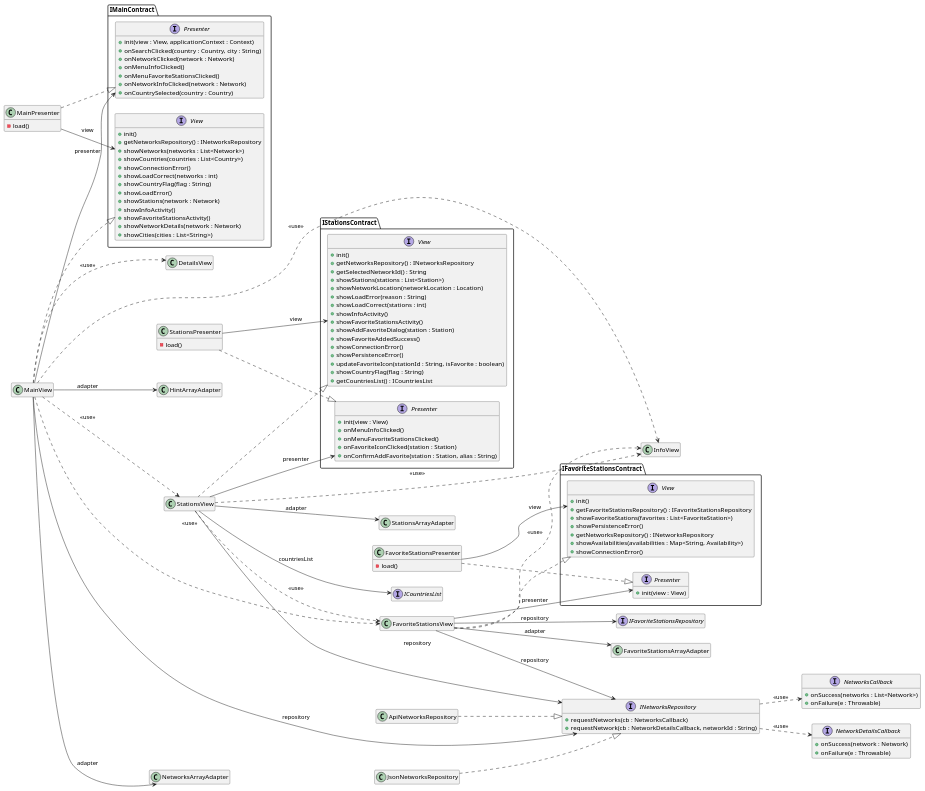
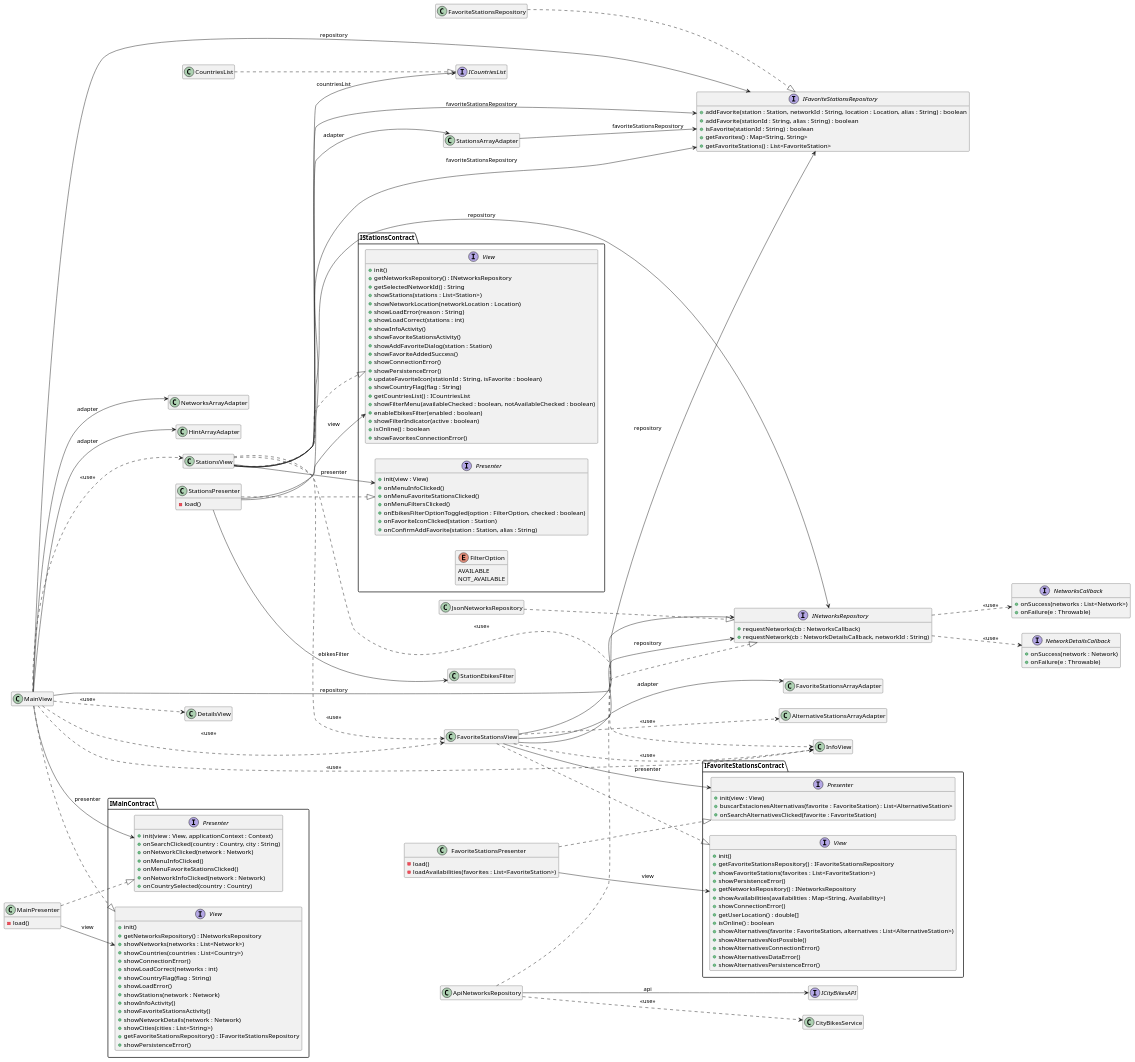
One commit to isunican/App-Bicis-Grupo2 changed the diagram in Docs/Models/architecture.puml. Above: the diagram before and after it, drawn with PlantUML. The commit also changed 5 other files, not shown here.

```diff
--- a/Docs/Models/architecture.puml
+++ b/Docs/Models/architecture.puml
@@ -9,6 +9,7 @@
 MainView --> IMainContract.Presenter : presenter
 MainPresenter --> IMainContract.View : view
 MainView --> INetworksRepository : repository
+MainView --> IFavoriteStationsRepository : repository
 MainView --> NetworksArrayAdapter : adapter
 MainView --> HintArrayAdapter : adapter
 
@@ -17,9 +18,13 @@
 StationsPresenter ..|> IStationsContract.Presenter
 StationsView --> IStationsContract.Presenter : presenter
 StationsPresenter --> IStationsContract.View : view
+StationsPresenter --> IFavoriteStationsRepository : favoriteStationsRepository
+StationsPresenter --> StationEbikesFilter : ebikesFilter
 StationsView --> INetworksRepository : repository
+StationsView --> IFavoriteStationsRepository : favoriteStationsRepository
 StationsView --> ICountriesList : countriesList
 StationsView --> StationsArrayAdapter : adapter
+StationsArrayAdapter --> IFavoriteStationsRepository : favoriteStationsRepository
 
 ' --- VISTA DE FAVORITOS (FAVORITES) ---
 FavoriteStationsView ..|> IFavoriteStationsContract.View
@@ -29,10 +34,13 @@
 FavoriteStationsView --> INetworksRepository : repository
 FavoriteStationsView --> IFavoriteStationsRepository : repository
 FavoriteStationsView --> FavoriteStationsArrayAdapter : adapter
+FavoriteStationsView ..> AlternativeStationsArrayAdapter : <<use>>
 
 ' Implementaciones de Repositorio
 ApiNetworksRepository ..|> INetworksRepository
 JsonNetworksRepository ..|> INetworksRepository
+FavoriteStationsRepository ..|> IFavoriteStationsRepository
+CountriesList ..|> ICountriesList
 
 ' Relaciones de uso entre vistas
 MainView ..> InfoView : <<use>>
@@ -45,32 +53,42 @@
 
 FavoriteStationsView ..> InfoView : <<use>>
 
+' Relaciones de Repositorios y Callbacks
 INetworksRepository ..> NetworksCallback : <<use>>
 INetworksRepository ..> NetworkDetailsCallback : <<use>>
+ApiNetworksRepository --> ICityBikesAPI : api
+ApiNetworksRepository ..> CityBikesService : <<use>>
 
 class MainView
 class MainPresenter {
-- load()
+    - load()
 }
 class NetworksArrayAdapter
 class HintArrayAdapter
 
 class StationsView
 class StationsPresenter {
-- load()
+    - load()
 }
 class StationsArrayAdapter
+class StationEbikesFilter
 
 class FavoriteStationsView
 class FavoriteStationsPresenter {
-- load()
+    - load()
+    - loadAvailabilities(favorites : List<FavoriteStation>)
 }
 class FavoriteStationsArrayAdapter
+class AlternativeStationsArrayAdapter
 
 class InfoView
 class DetailsView
 class ApiNetworksRepository
 class JsonNetworksRepository
+class FavoriteStationsRepository
+class CountriesList
+class CityBikesService
+interface ICityBikesAPI
 
 ' --- CONTRATO MAIN ---
 interface IMainContract.View {
@@ -87,6 +105,8 @@
     + showFavoriteStationsActivity()
     + showNetworkDetails(network : Network)
     + showCities(cities : List<String>)
+    + getFavoriteStationsRepository() : IFavoriteStationsRepository
+    + showPersistenceError()
 }
 
 interface IMainContract.Presenter {
@@ -100,6 +120,11 @@
 }
 
 ' --- CONTRATO STATIONS ---
+enum IStationsContract.FilterOption {
+    AVAILABLE
+    NOT_AVAILABLE
+}
+
 interface IStationsContract.View {
     + init()
     + getNetworksRepository() : INetworksRepository
@@ -117,12 +142,19 @@
     + updateFavoriteIcon(stationId : String, isFavorite : boolean)
     + showCountryFlag(flag : String)
     + getCountriesList() : ICountriesList
+    + showFilterMenu(availableChecked : boolean, notAvailableChecked : boolean)
+    + enableEbikesFilter(enabled : boolean)
+    + showFilterIndicator(active : boolean)
+    + isOnline() : boolean
+    + showFavoritesConnectionError()
 }
 
 interface IStationsContract.Presenter {
     + init(view : View)
     + onMenuInfoClicked()
     + onMenuFavoriteStationsClicked()
+    + onMenuFiltersClicked()
+    + onEbikesFilterOptionToggled(option : FilterOption, checked : boolean)
     + onFavoriteIconClicked(station : Station)
     + onConfirmAddFavorite(station : Station, alias : String)
 }
@@ -136,19 +168,34 @@
     + getNetworksRepository() : INetworksRepository
     + showAvailabilities(availabilities : Map<String, Availability>)
     + showConnectionError()
+    + getUserLocation() : double[]
+    + isOnline() : boolean
+    + showAlternatives(favorite : FavoriteStation, alternatives : List<AlternativeStation>)
+    + showAlternativesNotPossible()
+    + showAlternativesConnectionError()
+    + showAlternativesDataError()
+    + showAlternativesPersistenceError()
 }
 
 interface IFavoriteStationsContract.Presenter {
     + init(view : View)
+    + buscarEstacionesAlternativas(favorite : FavoriteStation) : List<AlternativeStation>
+    + onSearchAlternativesClicked(favorite : FavoriteStation)
 }
 
-' --- REPOSITORIOS Y CALLBACKS ---
 interface INetworksRepository {
     + requestNetworks(cb : NetworksCallback)
     + requestNetwork(cb : NetworkDetailsCallback, networkId : String)
 }
 
-interface IFavoriteStationsRepository
+interface IFavoriteStationsRepository {
+    + addFavorite(station : Station, networkId : String, location : Location, alias : String) : boolean
+    + addFavorite(stationId : String, alias : String) : boolean
+    + isFavorite(stationId : String) : boolean
+    + getFavorites() : Map<String, String>
+    + getFavoriteStations() : List<FavoriteStation>
+}
+
 interface ICountriesList
 
 interface NetworksCallback {
```
